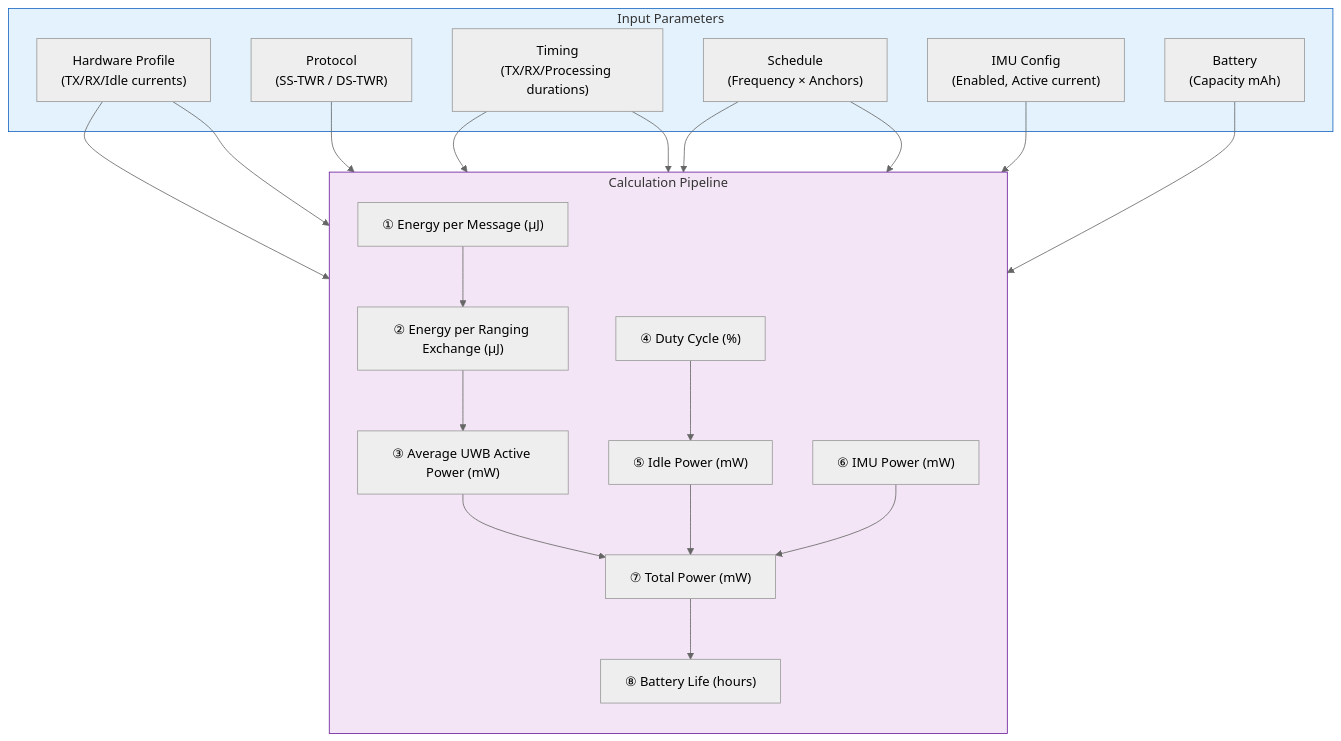
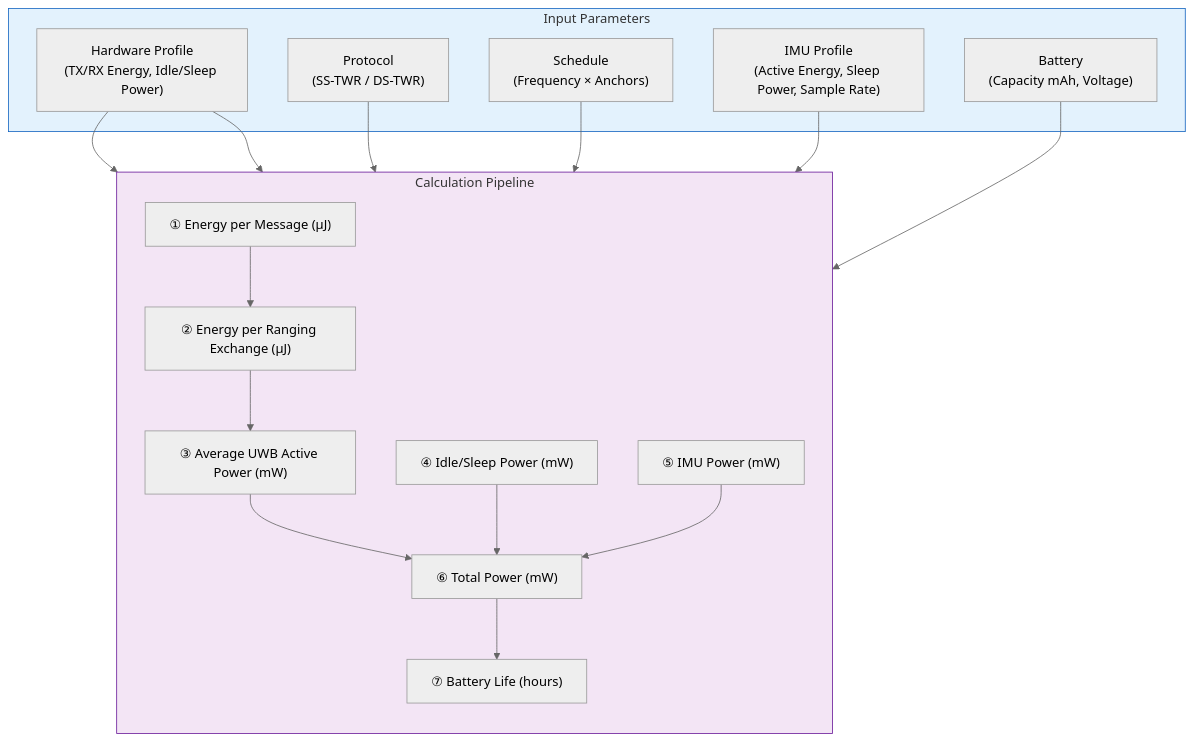
The first of 4 diagrams in docs/energy_model.md (moussaart/pulse-simulator), drawn with Mermaid (neutral theme) before and after one commit. The commit also changed other lines of this file and 16 other files, not shown here.

Commit message:
feat: implement duty-cycled UWB-IMU fusion NA-AEKF algorithm and supporting energy modeling and simulation infrastructure

````diff
--- a/docs/energy_model.md
+++ b/docs/energy_model.md
@@ -13,43 +13,37 @@
 ```mermaid
 flowchart TD
     subgraph INPUT["Input Parameters"]
-        HW["Hardware Profile<br/>(TX/RX/Idle currents)"]
+        HW["Hardware Profile<br/>(TX/RX Energy, Idle/Sleep Power)"]
         PROTO["Protocol<br/>(SS-TWR / DS-TWR)"]
-        TIMING["Timing<br/>(TX/RX/Processing durations)"]
         SCHED["Schedule<br/>(Frequency × Anchors)"]
-        IMU_CFG["IMU Config<br/>(Enabled, Active current)"]
-        BAT["Battery<br/>(Capacity mAh)"]
+        IMU_CFG["IMU Profile<br/>(Active Energy, Sleep Power, Sample Rate)"]
+        BAT["Battery<br/>(Capacity mAh, Voltage)"]
     end
 
     subgraph PIPELINE["Calculation Pipeline"]
         direction TB
         E1["① Energy per Message (µJ)"]
         E2["② Energy per Ranging Exchange (µJ)"]
         E3["③ Average UWB Active Power (mW)"]
-        E4["④ Duty Cycle (%)"]
-        E5["⑤ Idle Power (mW)"]
-        E6["⑥ IMU Power (mW)"]
-        E7["⑦ Total Power (mW)"]
-        E8["⑧ Battery Life (hours)"]
+        E5["④ Idle/Sleep Power (mW)"]
+        E6["⑤ IMU Power (mW)"]
+        E7["⑥ Total Power (mW)"]
+        E8["⑦ Battery Life (hours)"]
     end
 
     HW --> E1
-    TIMING --> E1
     PROTO --> E2
     E1 --> E2
     SCHED --> E3
     E2 --> E3
-    SCHED --> E4
-    TIMING --> E4
-    E4 --> E5
     HW --> E5
     IMU_CFG --> E6
     E3 --> E7
     E5 --> E7
     E6 --> E7
     E7 --> E8
     BAT --> E8
 
     style INPUT fill:#e3f2fd,stroke:#1565c0
     style PIPELINE fill:#f3e5f5,stroke:#6a1b9a
 ```
````
